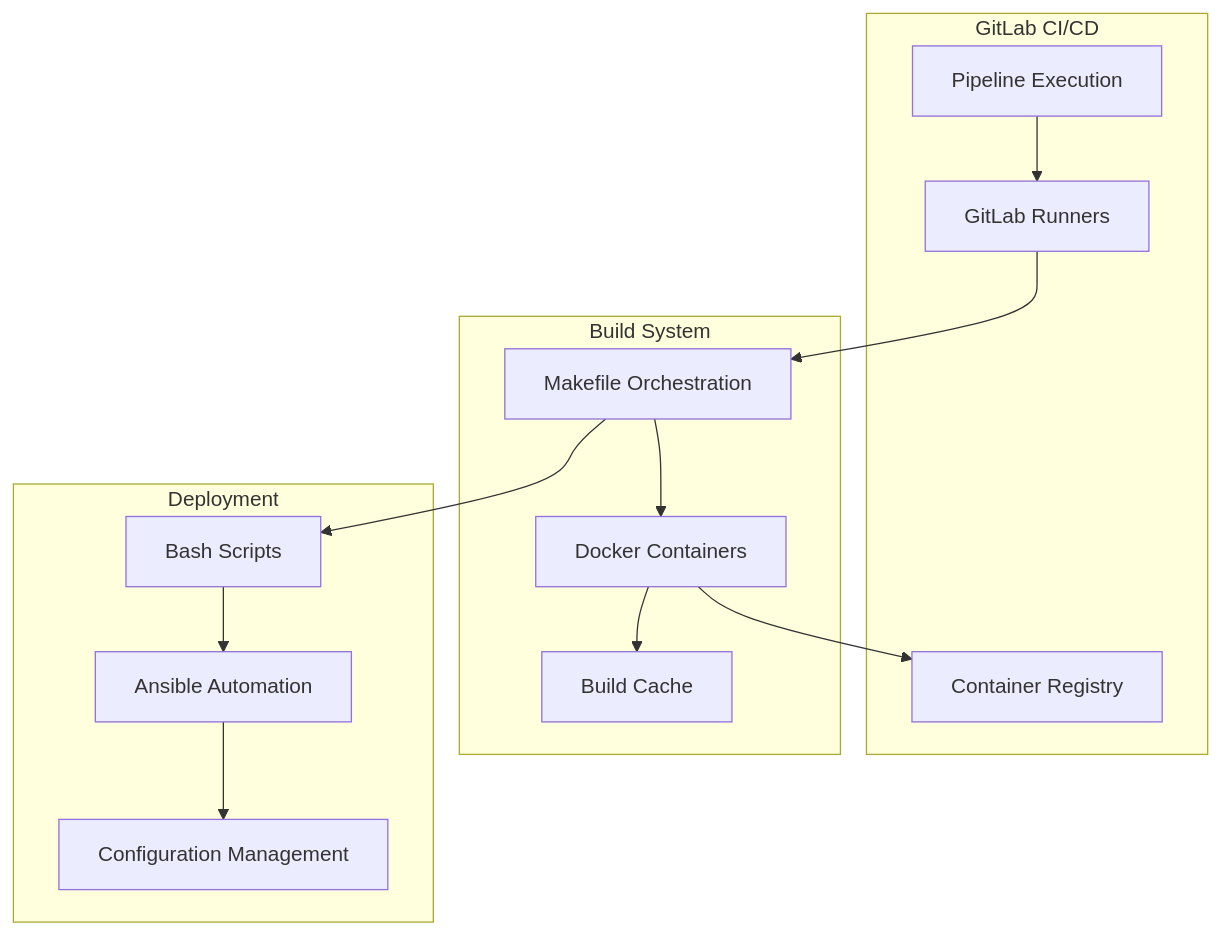
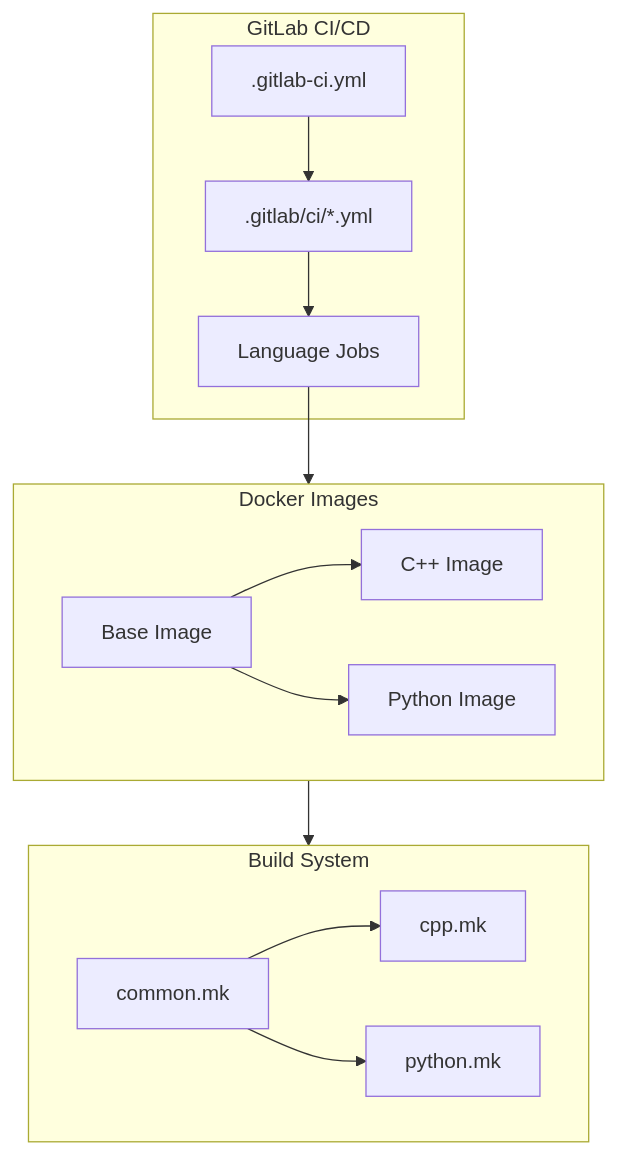
The second of 7 diagrams in memory-bank/systemPatterns.md (jlheater/test-project-123456), drawn with Mermaid before and after one commit. The commit also changed other lines of this file and 3 other files, not shown here.

Commit message:
Enhance project documentation and build system status in progress.md and activeContext.md

````diff
--- a/memory-bank/systemPatterns.md
+++ b/memory-bank/systemPatterns.md
@@ -30,29 +40,32 @@
 ```mermaid
 flowchart TD
     subgraph CI["GitLab CI/CD"]
-        Pipeline[Pipeline Execution]
-        Runner[GitLab Runners]
-        Registry[Container Registry]
+        Base[".gitlab-ci.yml"]
+        Templates[".gitlab/ci/*.yml"]
+        Jobs["Language Jobs"]
+        
+        Base --> Templates
+        Templates --> Jobs
     end
 
-    subgraph Build["Build System"]
-        Make[Makefile Orchestration]
-        Docker[Docker Containers]
-        Cache[Build Cache]
+    subgraph Docker["Docker Images"]
+        BaseImg["Base Image"]
+        CPPImg["C++ Image"]
+        PyImg["Python Image"]
+        
+        BaseImg --> CPPImg
+        BaseImg --> PyImg
     end
 
-    subgraph Deploy["Deployment"]
-        Ansible[Ansible Automation]
-        Scripts[Bash Scripts]
-        Config[Configuration Management]
+    subgraph Make["Build System"]
+        Common["common.mk"]
+        CPPRules["cpp.mk"]
+        PyRules["python.mk"]
+        
+        Common --> CPPRules
+        Common --> PyRules
     end
 
-    Pipeline --> Runner
-    Runner --> Make
-    Make --> Docker
-    Docker --> Cache
-    Make --> Scripts
-    Scripts --> Ansible
-    Ansible --> Config
-    Docker --> Registry
+    Jobs --> Docker
+    Docker --> Make
 ```
````
